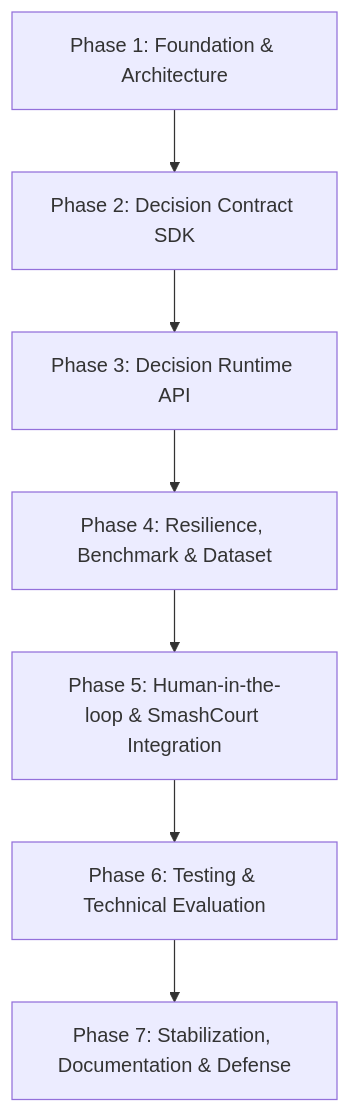
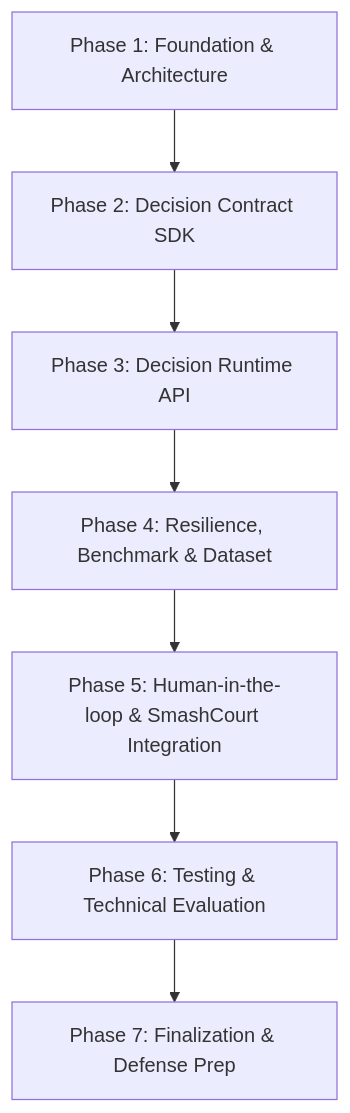
Before and after one commit to NguyenThanhTrung-N2T/TrustworthyAdaptiveDecisionSupportSystem-TADSS: the diagram in docs/planning/PROJECT_WBS_MAPPING.md, drawn with Mermaid. The commit also changed other lines of this file and 36 other files, not shown here.

````diff
--- a/docs/planning/PROJECT_WBS_MAPPING.md
+++ b/docs/planning/PROJECT_WBS_MAPPING.md
@@ -164,9 +164,9 @@
 ```mermaid
 flowchart TD
     Phase1[Phase 1: Foundation & Architecture] --> Phase2[Phase 2: Decision Contract SDK]
     Phase2 --> Phase3[Phase 3: Decision Runtime API]
     Phase3 --> Phase4[Phase 4: Resilience, Benchmark & Dataset]
     Phase4 --> Phase5[Phase 5: Human-in-the-loop & SmashCourt Integration]
     Phase5 --> Phase6[Phase 6: Testing & Technical Evaluation]
-    Phase6 --> Phase7[Phase 7: Stabilization, Documentation & Defense]
+    Phase6 --> Phase7[Phase 7: Finalization & Defense Prep]
 ```
````
